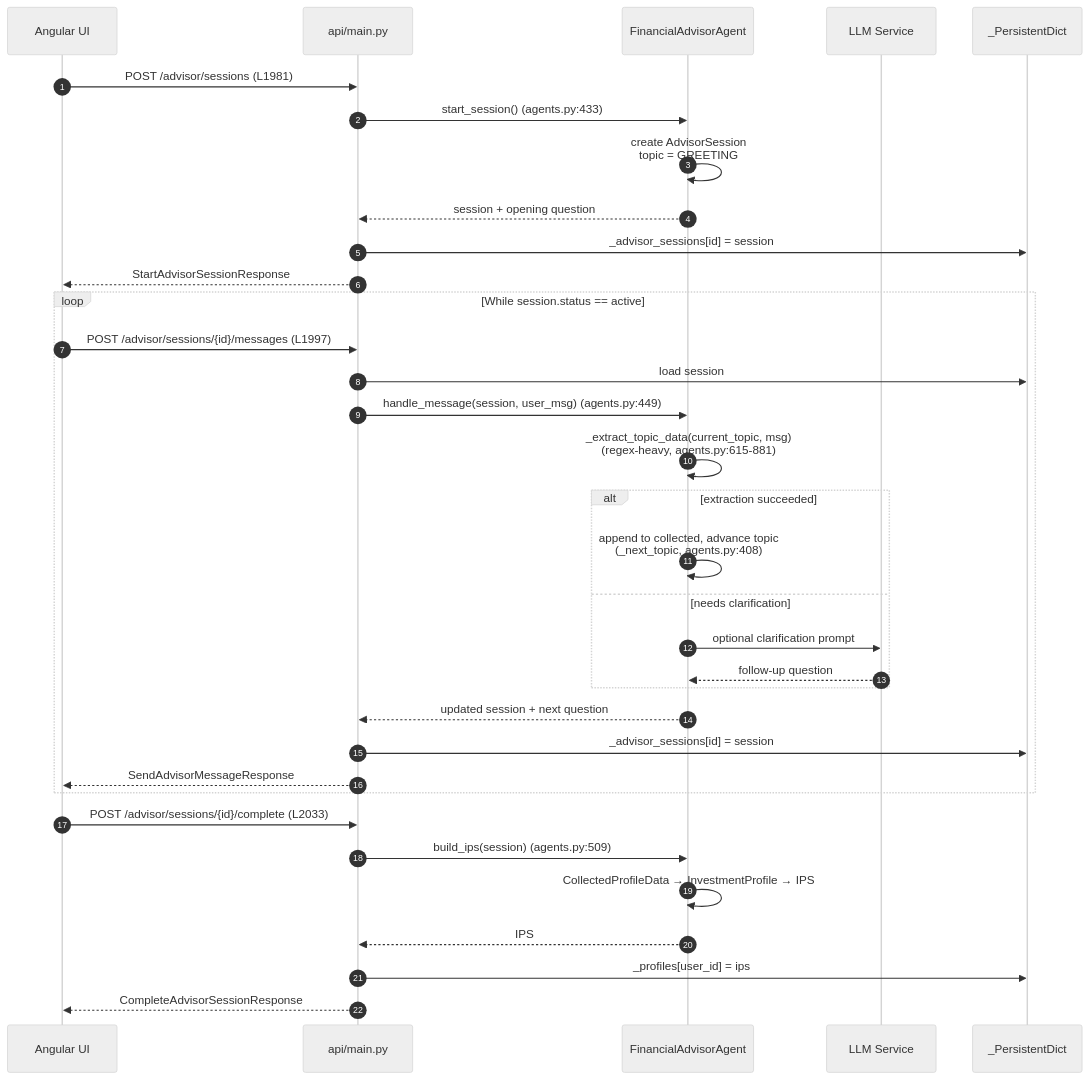
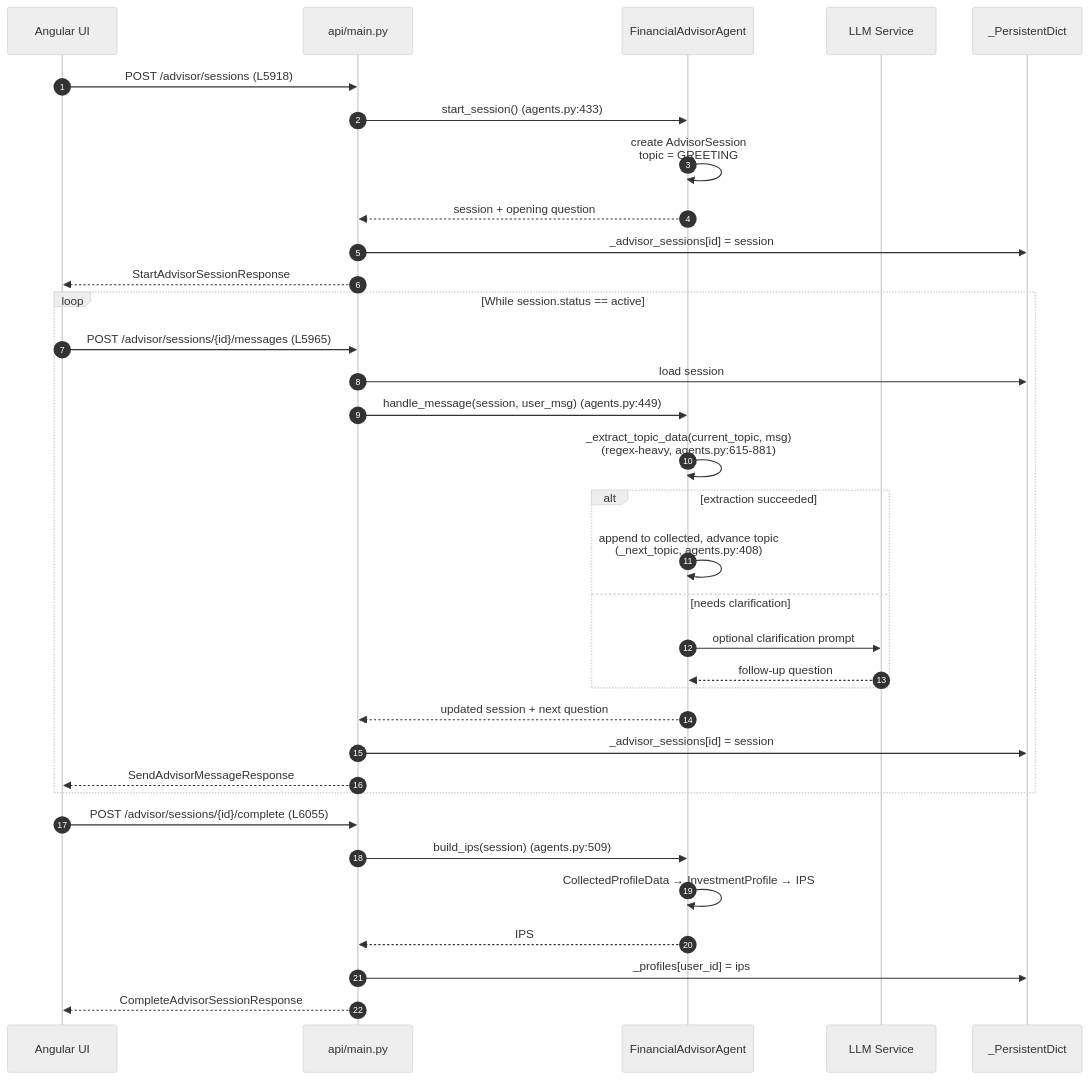
Before and after one commit to brandonkindred/Khala-Agentic-AI-Teams: the first of 4 diagrams in backend/agents/investment_team/system_design/flow_charts.md, drawn with Mermaid (neutral theme). The commit also changed other lines of this file and 7 other files, not shown here.

````diff
--- a/backend/agents/investment_team/system_design/flow_charts.md
+++ b/backend/agents/investment_team/system_design/flow_charts.md
@@ -22,39 +22,39 @@
 ```mermaid
 sequenceDiagram
     autonumber
     participant UI as Angular UI
     participant API as api/main.py
     participant FA as FinancialAdvisorAgent
     participant LLM as LLM Service
     participant Store as _PersistentDict
 
-    UI->>API: POST /advisor/sessions (L1981)
+    UI->>API: POST /advisor/sessions (L5918)
     API->>FA: start_session() (agents.py:433)
     FA->>FA: create AdvisorSession<br/>topic = GREETING
     FA-->>API: session + opening question
     API->>Store: _advisor_sessions[id] = session
     API-->>UI: StartAdvisorSessionResponse
 
     loop While session.status == active
-        UI->>API: POST /advisor/sessions/{id}/messages (L1997)
+        UI->>API: POST /advisor/sessions/{id}/messages (L5965)
         API->>Store: load session
         API->>FA: handle_message(session, user_msg) (agents.py:449)
         FA->>FA: _extract_topic_data(current_topic, msg)<br/>(regex-heavy, agents.py:615-881)
         alt extraction succeeded
             FA->>FA: append to collected, advance topic<br/>(_next_topic, agents.py:408)
         else needs clarification
             FA->>LLM: optional clarification prompt
             LLM-->>FA: follow-up question
         end
         FA-->>API: updated session + next question
         API->>Store: _advisor_sessions[id] = session
         API-->>UI: SendAdvisorMessageResponse
     end
 
-    UI->>API: POST /advisor/sessions/{id}/complete (L2033)
+    UI->>API: POST /advisor/sessions/{id}/complete (L6055)
     API->>FA: build_ips(session) (agents.py:509)
     FA->>FA: CollectedProfileData → InvestmentProfile → IPS
     FA-->>API: IPS
     API->>Store: _profiles[user_id] = ips
     API-->>UI: CompleteAdvisorSessionResponse
 ```
````
